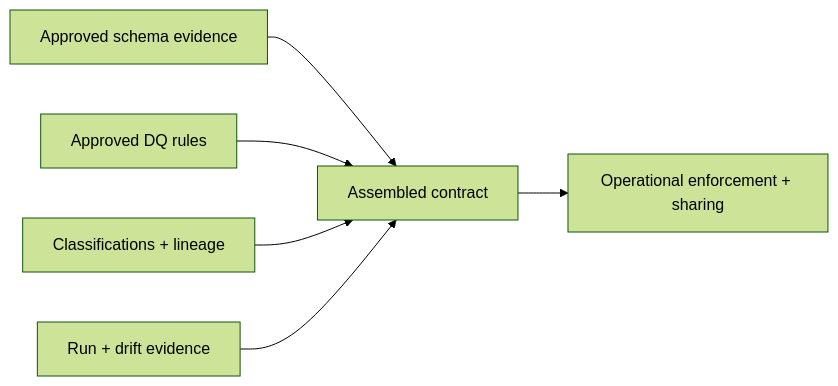
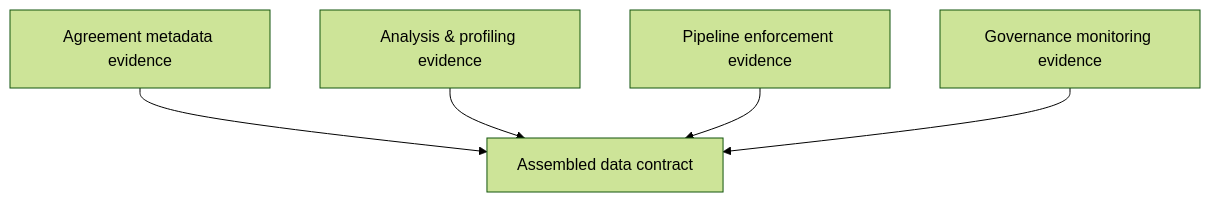
Before and after one commit to Voycepeh/FabricOps-Starter-Kit: the second of 2 diagrams in docs/quick-start.md, drawn with Mermaid (forest theme). The commit also changed other lines of this file, not shown here.

Commit message:
Refocus quick start on four-notebook contract assembly flow

````diff
--- a/docs/quick-start.md
+++ b/docs/quick-start.md
@@ -187,8 +65,7 @@
 ```mermaid
-flowchart LR
-    A[Approved schema evidence] --> Z[Assembled contract]
-    B[Approved DQ rules] --> Z
-    C[Classifications + lineage] --> Z
-    D[Run + drift evidence] --> Z
-    Z --> O[Operational enforcement + sharing]
+flowchart TD
+    A[Agreement metadata evidence] --> Z[Assembled data contract]
+    B[Analysis & profiling evidence] --> Z
+    C[Pipeline enforcement evidence] --> Z
+    D[Governance monitoring evidence] --> Z
 ```
````
